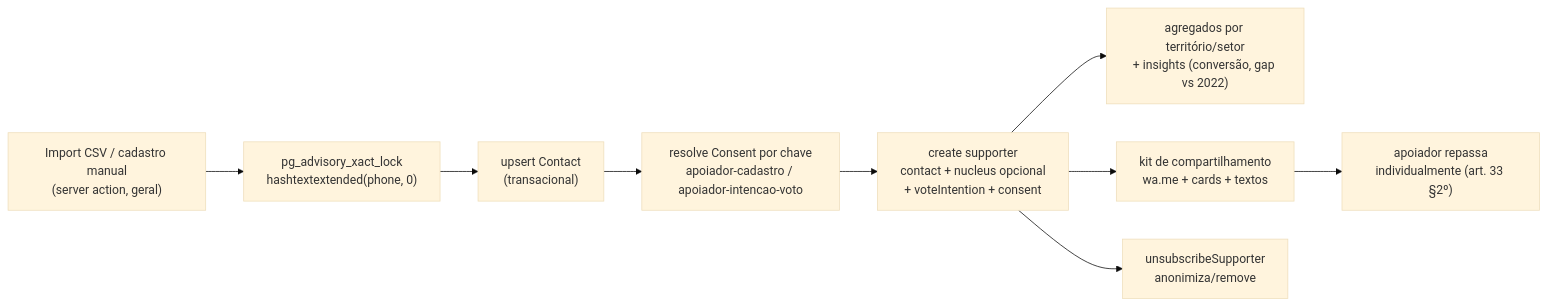
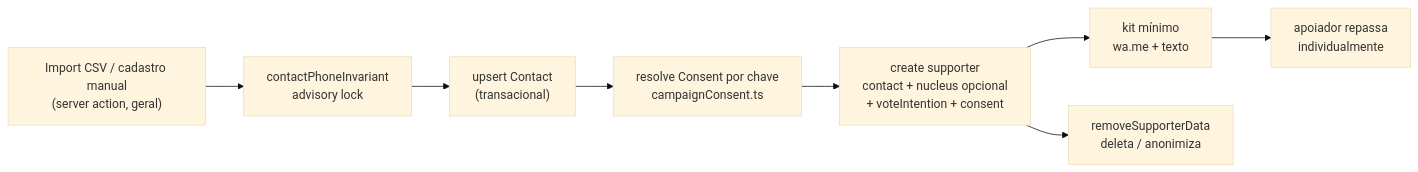
One commit to fsolla/teqo changed the diagram in docs/plans/cadastro-nominal-apoiadores.md. Above: the diagram before and after it, drawn with Mermaid (base theme). The commit also changed other lines of this file and 38 other files, not shown here.

````diff
--- a/docs/plans/cadastro-nominal-apoiadores.md
+++ b/docs/plans/cadastro-nominal-apoiadores.md
@@ -81,21 +84,19 @@
 ```mermaid
 flowchart LR
     Import["Import CSV / cadastro manual<br/>(server action, geral)"]
-    Dedup["pg_advisory_xact_lock<br/>hashtextextended(phone, 0)"]
+    Dedup["contactPhoneInvariant<br/>advisory lock"]
     Contact["upsert Contact<br/>(transacional)"]
-    Consent["resolve Consent por chave<br/>apoiador-cadastro / apoiador-intencao-voto"]
+    Consent["resolve Consent por chave<br/>campaignConsent.ts"]
     Supporter["create supporter<br/>contact + nucleus opcional<br/>+ voteIntention + consent"]
-    Agg["agregados por território/setor<br/>+ insights (conversão, gap vs 2022)"]
-    Kit["kit de compartilhamento<br/>wa.me + cards + textos"]
-    Share["apoiador repassa<br/>individualmente (art. 33 §2º)"]
-    Unsub["unsubscribeSupporter<br/>anonimiza/remove"]
+    Kit["kit mínimo<br/>wa.me + texto"]
+    Share["apoiador repassa<br/>individualmente"]
+    Unsub["removeSupporterData<br/>deleta / anonimiza"]
 
     Import --> Dedup
     Dedup --> Contact
     Contact --> Consent
     Consent --> Supporter
-    Supporter --> Agg
     Supporter --> Kit
     Kit --> Share
     Supporter --> Unsub
 ```
````
